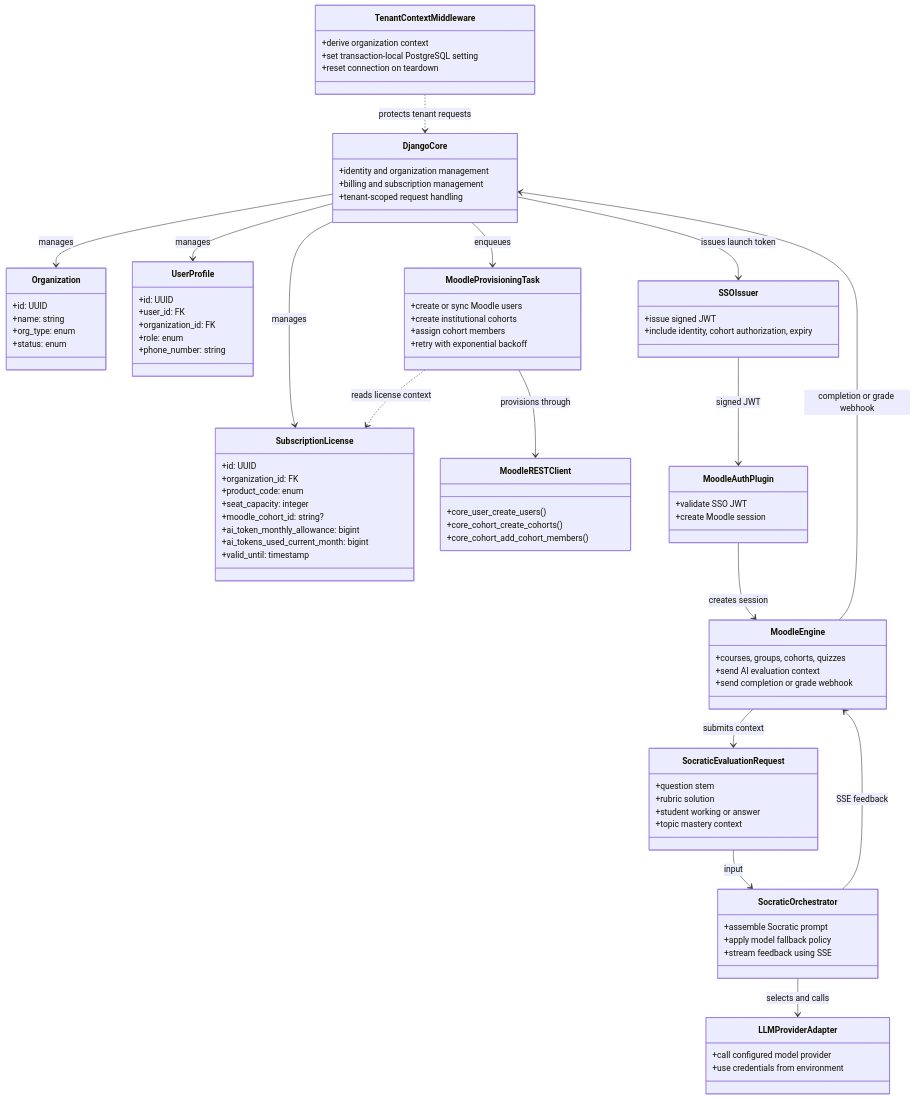
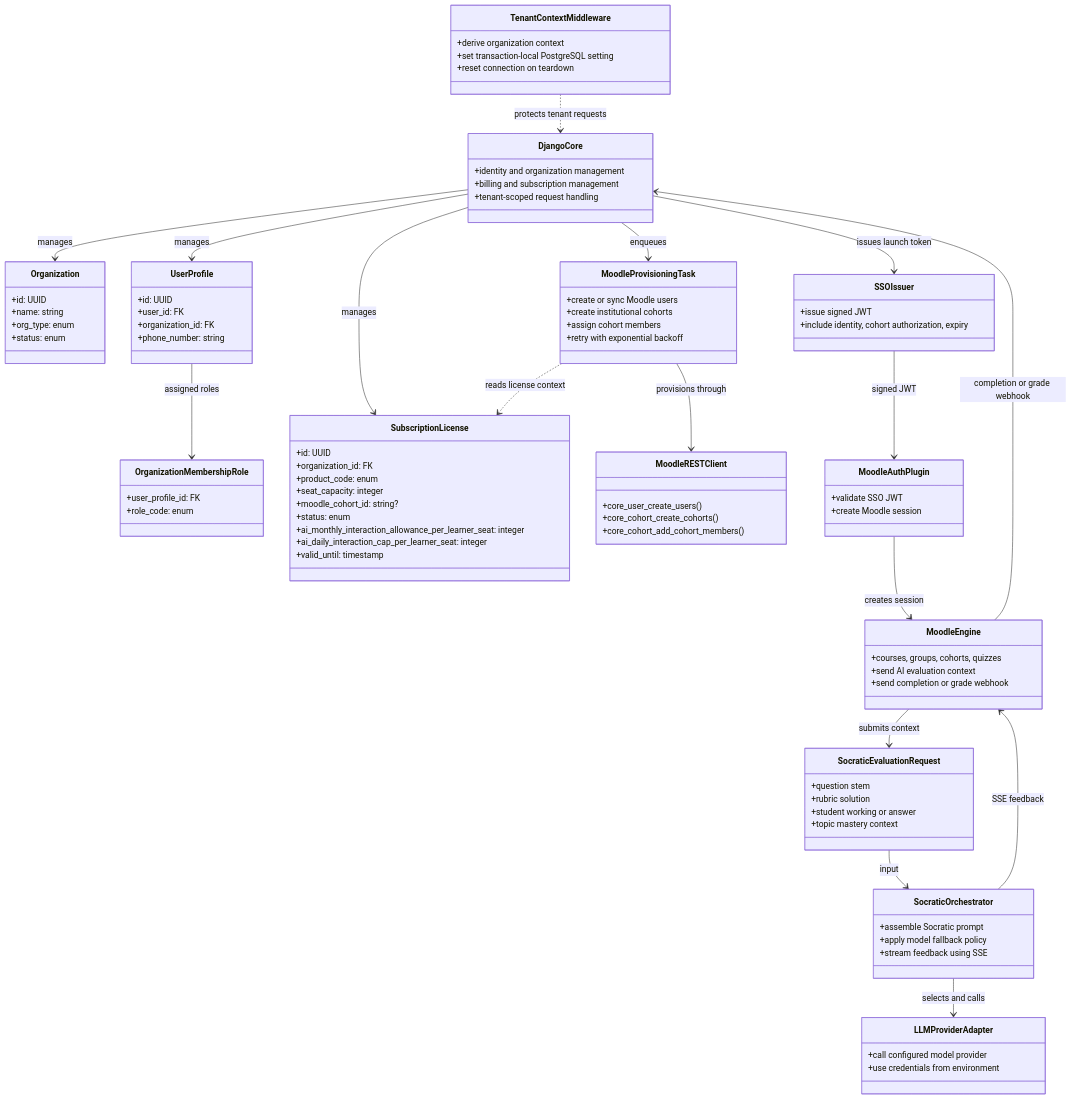
Before and after one commit to inovatx-lab/core: the sixth of 8 diagrams in inovatx_context/inovatx_uml.md, drawn with Mermaid. The commit also changed other lines of this file and 5 other files, not shown here.

```diff
--- a/inovatx_context/inovatx_uml.md
+++ b/inovatx_context/inovatx_uml.md
@@ -289,8 +295,11 @@
         +id: UUID
         +user_id: FK
         +organization_id: FK
-        +role: enum
         +phone_number: string
+    }
+    class OrganizationMembershipRole {
+        +user_profile_id: FK
+        +role_code: enum
     }
     class SubscriptionLicense {
         +id: UUID
@@ -298,8 +307,9 @@
         +product_code: enum
         +seat_capacity: integer
         +moodle_cohort_id: string?
-        +ai_token_monthly_allowance: bigint
-        +ai_tokens_used_current_month: bigint
+        +status: enum
+        +ai_monthly_interaction_allowance_per_learner_seat: integer
+        +ai_daily_interaction_cap_per_learner_seat: integer
         +valid_until: timestamp
     }
     class TenantContextMiddleware {
@@ -349,6 +359,7 @@
 
     DjangoCore --> Organization : manages
     DjangoCore --> UserProfile : manages
+    UserProfile --> OrganizationMembershipRole : assigned roles
     DjangoCore --> SubscriptionLicense : manages
     TenantContextMiddleware ..> DjangoCore : protects tenant requests
     MoodleProvisioningTask --> MoodleRESTClient : provisions through
```
